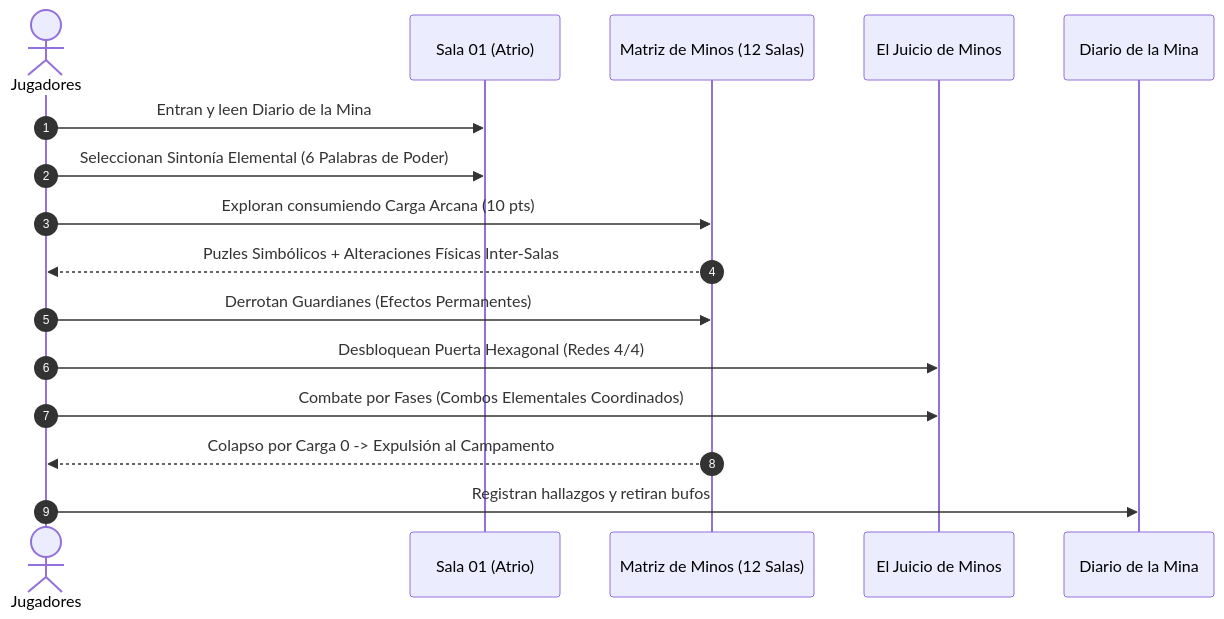
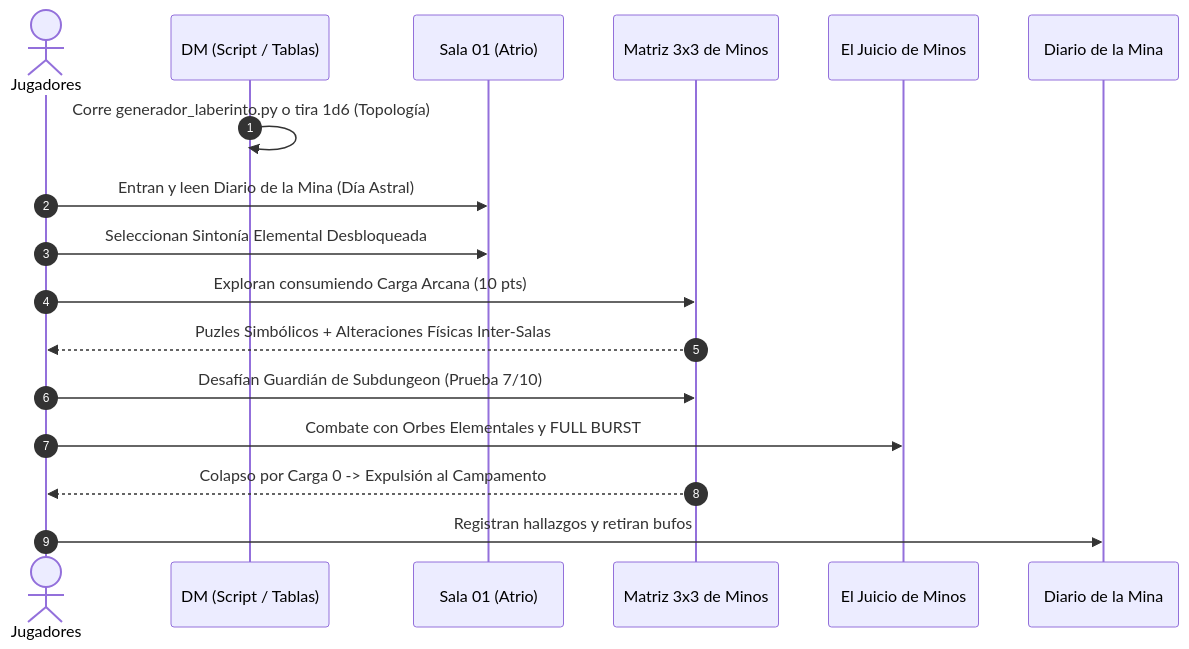
Before and after one commit to linkmati/ShivathLyss: the diagram in 7 - DM/OneShots/ARepeat/El Laberinto de Minos.md, drawn with Mermaid. The commit also changed other lines of this file and 2 other files, not shown here.

Commit message:
feat: add python CLI dungeon topology generator script and DM dice tables document

````diff
--- a/7 - DM/OneShots/ARepeat/El Laberinto de Minos.md
+++ b/7 - DM/OneShots/ARepeat/El Laberinto de Minos.md
@@ -39,19 +42,20 @@
 ```mermaid
 sequenceDiagram
     autonumber
     actor Jugadores
+    participant DM as DM (Script / Tablas)
     participant Atrio as Sala 01 (Atrio)
-    participant Laberinto as Matriz de Minos (12 Salas)
+    participant Laberinto as Matriz 3x3 de Minos
     participant Boss as El Juicio de Minos
     participant Base as Diario de la Mina
 
-    Jugadores->>Atrio: Entran y leen Diario de la Mina
-    Jugadores->>Atrio: Seleccionan Sintonía Elemental (6 Palabras de Poder)
+    DM->>DM: Corre generador_laberinto.py o tira 1d6 (Topología)
+    Jugadores->>Atrio: Entran y leen Diario de la Mina (Día Astral)
+    Jugadores->>Atrio: Seleccionan Sintonía Elemental Desbloqueada
     Jugadores->>Laberinto: Exploran consumiendo Carga Arcana (10 pts)
     Laberinto-->>Jugadores: Puzles Simbólicos + Alteraciones Físicas Inter-Salas
-    Jugadores->>Laberinto: Derrotan Guardianes (Efectos Permanentes)
-    Jugadores->>Boss: Desbloquean Puerta Hexagonal (Redes 4/4)
-    Jugadores->>Boss: Combate por Fases (Combos Elementales Coordinados)
+    Jugadores->>Laberinto: Desafían Guardián de Subdungeon (Prueba 7/10)
+    Jugadores->>Boss: Combate con Orbes Elementales y FULL BURST
     Laberinto-->>Jugadores: Colapso por Carga 0 -> Expulsión al Campamento
     Jugadores->>Base: Registran hallazgos y retiran bufos
 ```
````
